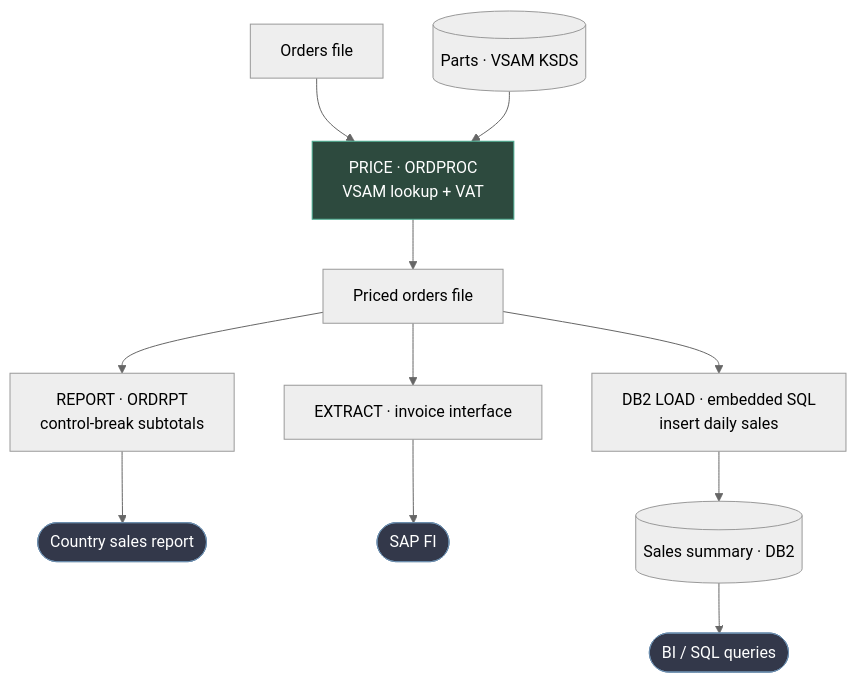
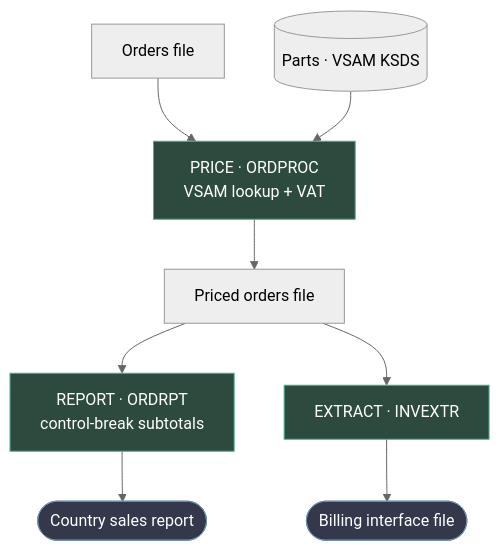
The diagram in docs/pipeline.md (janvaclavikorganization/zos-autoparts-lab), drawn with Mermaid (neutral theme) before and after one commit. The commit also changed other lines of this file and 15 other files, not shown here.

````diff
--- a/docs/pipeline.md
+++ b/docs/pipeline.md
@@ -11,16 +6,14 @@
 ```mermaid
 flowchart TD
     ORD[Orders file] --> PRICE[PRICE · ORDPROC<br/>VSAM lookup + VAT]
     PARTS[(Parts · VSAM KSDS)] --> PRICE
     PRICE --> PRICED[Priced orders file]
 
     PRICED --> REPORT[REPORT · ORDRPT<br/>control-break subtotals] --> RPT([Country sales report])
-    PRICED --> EXTRACT[EXTRACT · invoice interface] --> SAP([SAP FI])
-    PRICED --> DB2LOAD[DB2 LOAD · embedded SQL<br/>insert daily sales] --> DB2[(Sales summary · DB2)]
-    DB2 --> BI([BI / SQL queries])
+    PRICED --> EXTRACT[EXTRACT · INVEXTR] --> BILL([Billing interface file])
 
     classDef built fill:#2d4a3e,stroke:#4caf93,color:#fff;
     classDef ext fill:#33384a,stroke:#6c8dad,color:#fff;
-    class PRICE built;
-    class RPT,SAP,BI ext;
+    class PRICE,REPORT,EXTRACT built;
+    class RPT,BILL ext;
 ```
````
